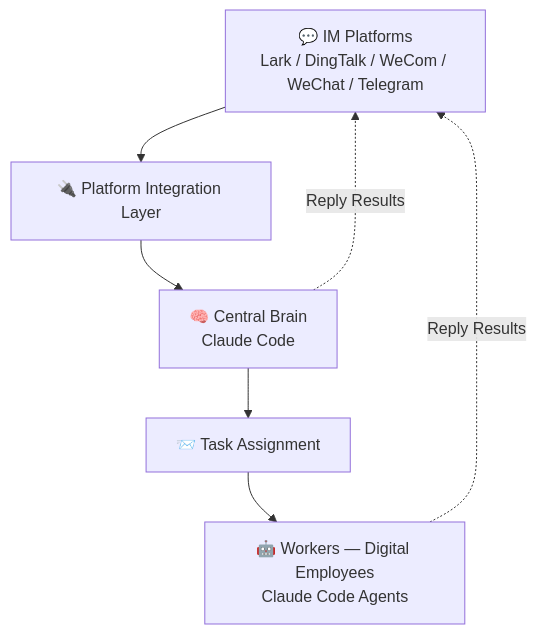
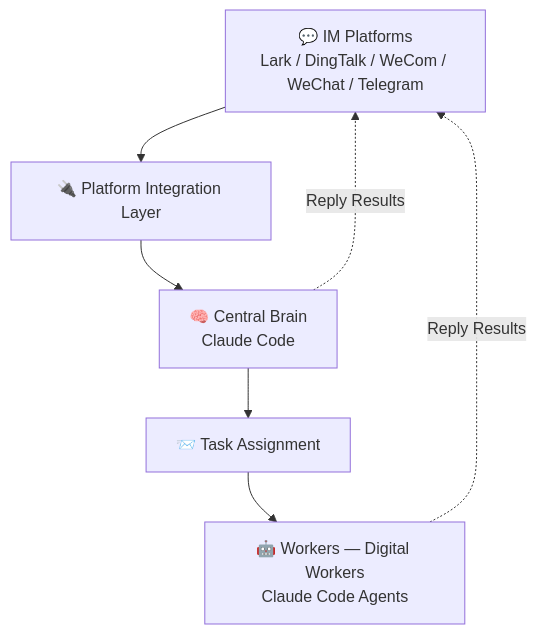
Before and after one commit to theopenbee/openbee: the diagram in README.md, drawn with Mermaid. The commit also changed other lines of this file and 1 other file, not shown here.

````diff
--- a/README.md
+++ b/README.md
@@ -111,9 +115,9 @@
 ```mermaid
 graph TD
     A["💬 IM Platforms\nLark / DingTalk / WeCom / WeChat / Telegram"] --> B["🔌 Platform Integration Layer"]
     B --> C["🧠 Central Brain\nClaude Code"]
     C --> D["📨 Task Assignment"]
-    D --> E["🤖 Workers — Digital Employees\nClaude Code Agents"]
+    D --> E["🤖 Workers — Digital Workers\nClaude Code Agents"]
     E -. "Reply Results" .-> A
     C -. "Reply Results" .-> A
 ```
````
